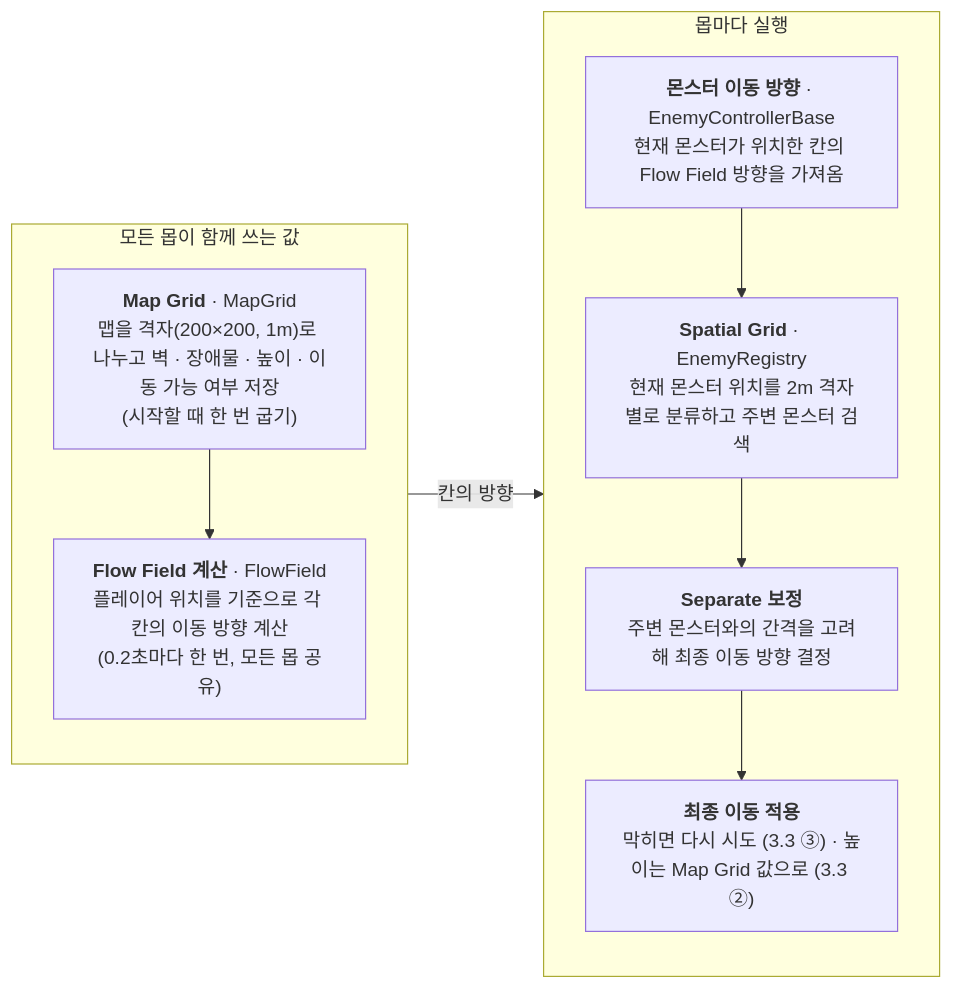
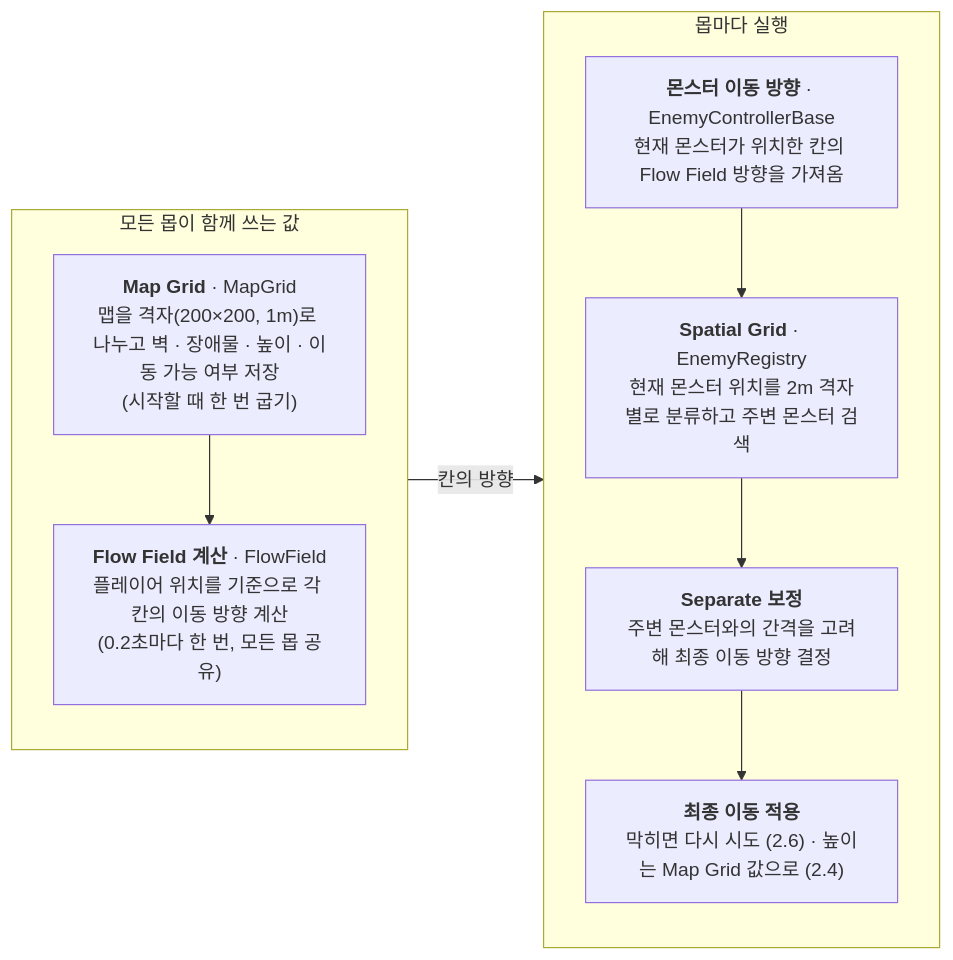
The third of 14 diagrams in src/06-project3d/기술문서.md (NaJungWon/portfolio), drawn with Mermaid before and after one commit. The commit also changed other lines of this file, not shown here.

````diff
--- a/src/06-project3d/기술문서.md
+++ b/src/06-project3d/기술문서.md
@@ -271,18 +206,18 @@
 ```mermaid
 flowchart LR
     MG["<b>Map Grid</b> · MapGrid<br/>맵을 격자(200×200, 1m)로 나누고 벽 · 장애물 · 높이 · 이동 가능 여부 저장<br/>(시작할 때 한 번 굽기)"]
     FF["<b>Flow Field 계산</b> · FlowField<br/>플레이어 위치를 기준으로 각 칸의 이동 방향 계산<br/>(0.2초마다 한 번, 모든 몹 공유)"]
     DIR["<b>몬스터 이동 방향</b> · EnemyControllerBase<br/>현재 몬스터가 위치한 칸의 Flow Field 방향을 가져옴"]
     SG["<b>Spatial Grid</b> · EnemyRegistry<br/>현재 몬스터 위치를 2m 격자별로 분류하고 주변 몬스터 검색"]
     SEP["<b>Separate 보정</b><br/>주변 몬스터와의 간격을 고려해 최종 이동 방향 결정"]
-    MOVE["<b>최종 이동 적용</b><br/>막히면 다시 시도 (3.3 ③) · 높이는 Map Grid 값으로 (3.3 ②)"]
+    MOVE["<b>최종 이동 적용</b><br/>막히면 다시 시도 (2.6) · 높이는 Map Grid 값으로 (2.4)"]
     subgraph SHARED["모든 몹이 함께 쓰는 값"]
         direction TB
         MG --> FF
     end
     subgraph EACH["몹마다 실행"]
         direction TB
         DIR --> SG --> SEP --> MOVE
     end
     SHARED -->|"칸의 방향"| EACH
 ```
````
